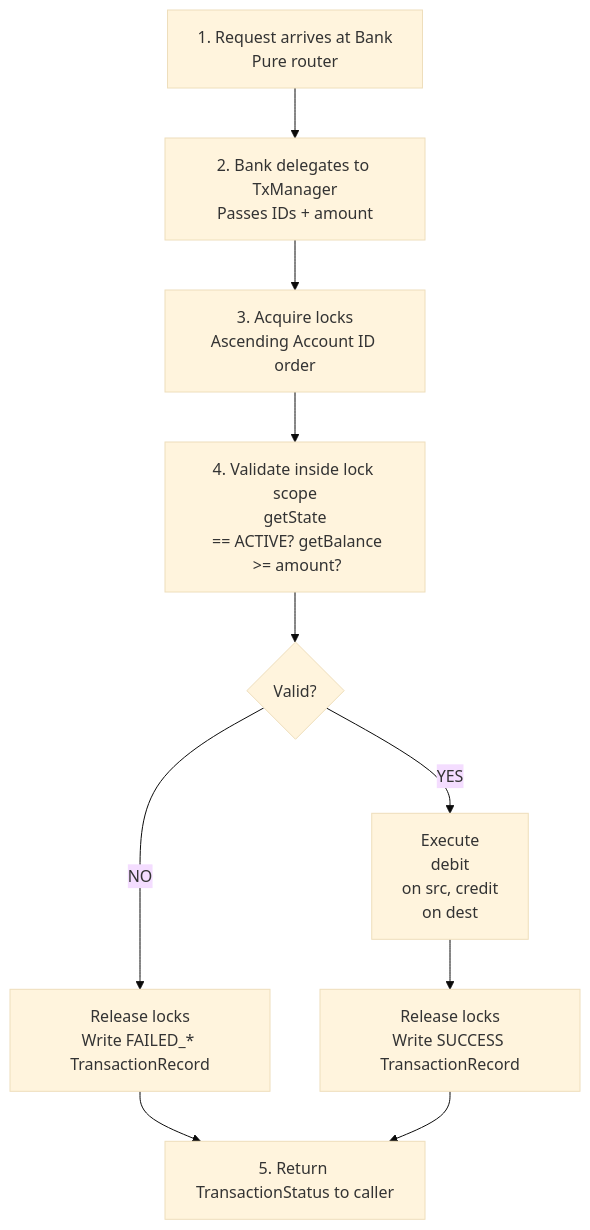
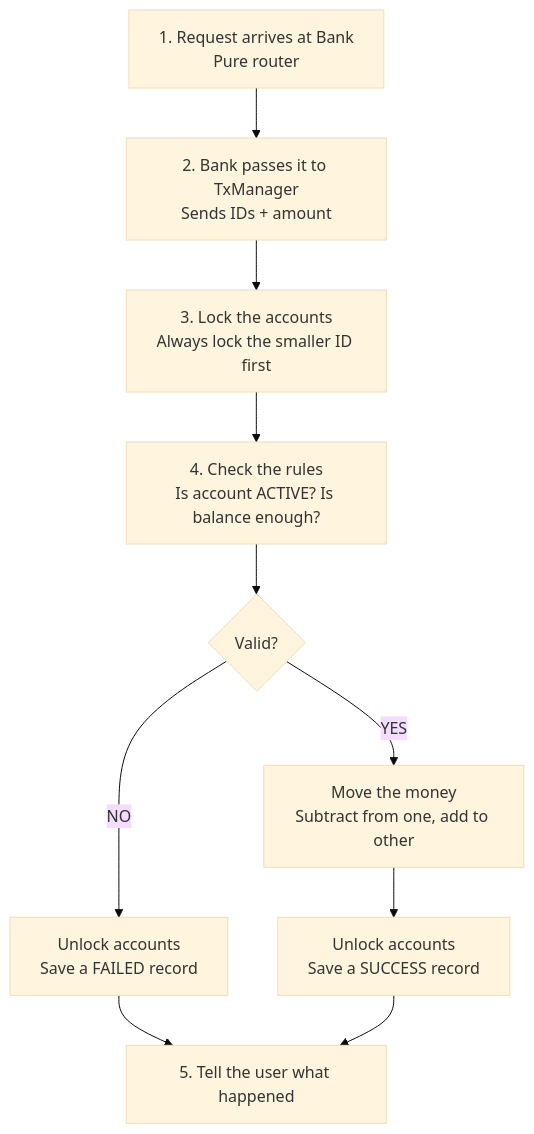
Before and after one commit to M0SSAD/BankingSystem: the third of 3 diagrams in README.md, drawn with Mermaid (base theme). The commit also changed other lines of this file, not shown here.

````diff
--- a/README.md
+++ b/README.md
@@ -169,12 +226,13 @@
 ```mermaid
 flowchart TD
-    A[1. Request arrives at Bank\nPure router] --> B[2. Bank delegates to TxManager\nPasses IDs + amount]
-    B --> C[3. Acquire locks\nAscending Account ID order]
-    C --> D[4. Validate inside lock scope\ngetState<br> == ACTIVE? getBalance<br> >= amount?]
+    A[1. Request arrives at Bank\nPure router] --> B[2. Bank passes it to TxManager\nSends IDs + amount]
+    B --> C[3. Lock the accounts\nAlways lock the smaller ID first]
+    C --> D[4. Check the rules\nIs account ACTIVE? Is balance enough?]
     D --> E{Valid?}
-    E -- NO --> F[Release locks\nWrite FAILED_* TransactionRecord]
-    E -- YES --> G[Execute\ndebit<br> on src, credit<br> on dest]
-    G --> H[Release locks\nWrite SUCCESS TransactionRecord]
-    F --> I[5. Return TransactionStatus to caller]
+    E -- NO --> F[Unlock accounts\nSave a FAILED record]
+    E -- YES --> G[Move the money\nSubtract from one, add to other]
+    G --> H[Unlock accounts\nSave a SUCCESS record]
+    F --> I[5. Tell the user what happened]
     H --> I
+
 ```
````
